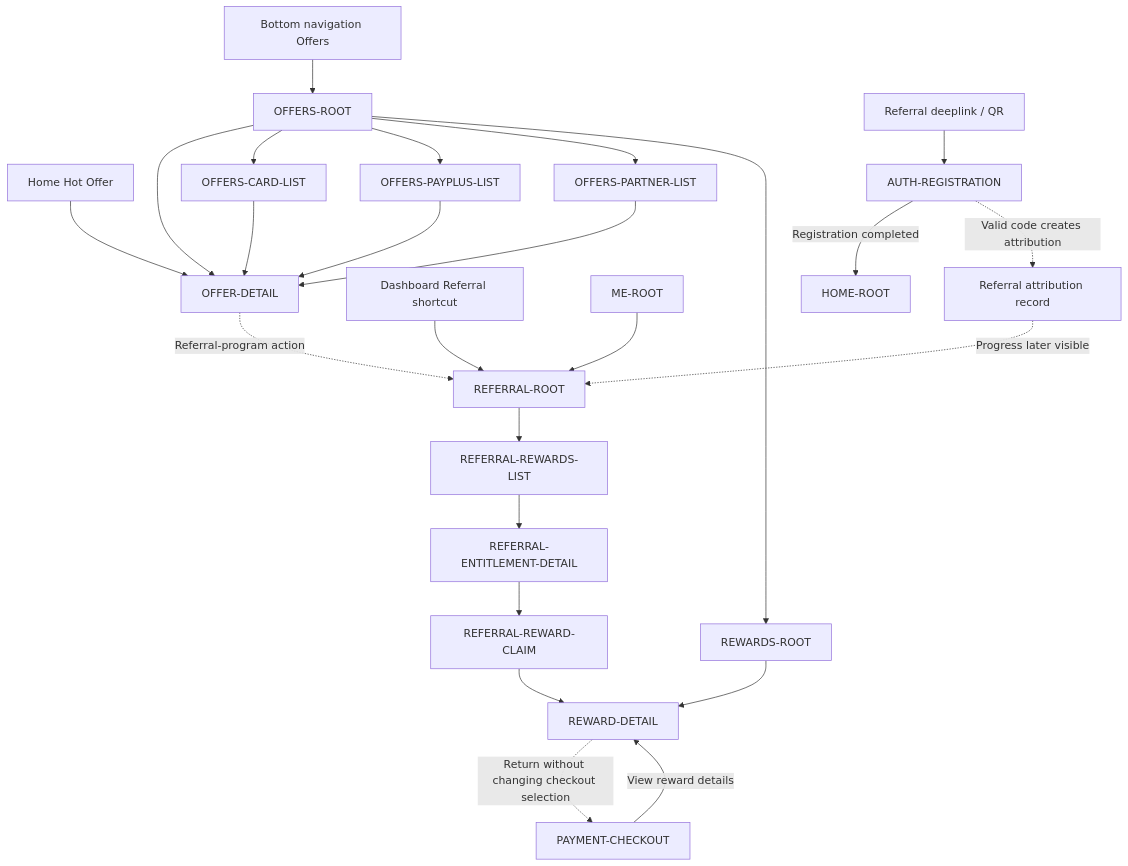
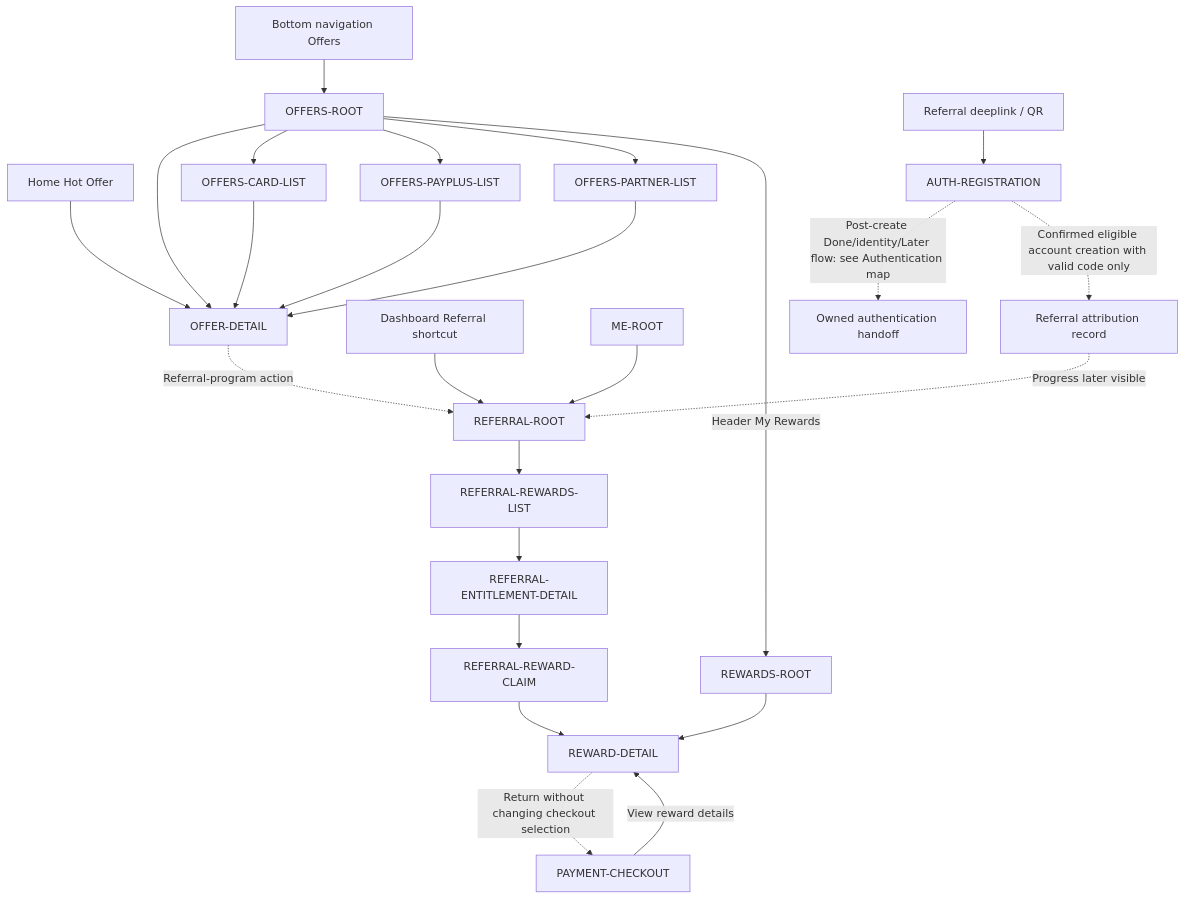
The diagram in docs/diagrams/routes/payplus-offers-rewards-referral-route-map.md (adminpayplus/payplus-docs), drawn with Mermaid before and after one commit. The commit also changed other lines of this file and 25 other files, not shown here.

````diff
--- a/docs/diagrams/routes/payplus-offers-rewards-referral-route-map.md
+++ b/docs/diagrams/routes/payplus-offers-rewards-referral-route-map.md
@@ -7,30 +7,30 @@
 ```mermaid
 flowchart TD
   NAV["Bottom navigation Offers"] --> OFFERS["OFFERS-ROOT"]
   HOME["Home Hot Offer"] --> OFFERDETAIL["OFFER-DETAIL"]
   OFFERS --> OFFERDETAIL
   OFFERS --> CARDLIST["OFFERS-CARD-LIST"]
   OFFERS --> PAYPLUSLIST["OFFERS-PAYPLUS-LIST"]
   OFFERS --> PARTNERLIST["OFFERS-PARTNER-LIST"]
   CARDLIST --> OFFERDETAIL
   PAYPLUSLIST --> OFFERDETAIL
   PARTNERLIST --> OFFERDETAIL
 
-  OFFERS --> REWARDS["REWARDS-ROOT"]
+  OFFERS -->|"Header My Rewards"| REWARDS["REWARDS-ROOT"]
   REWARDS --> REWARDDETAIL["REWARD-DETAIL"]
   CHECKOUT["PAYMENT-CHECKOUT"] -->|"View reward details"| REWARDDETAIL
   REWARDDETAIL -. "Return without changing checkout selection" .-> CHECKOUT
 
   SHORTCUT["Dashboard Referral shortcut"] --> REFERRAL["REFERRAL-ROOT"]
   ME["ME-ROOT"] --> REFERRAL
   OFFERDETAIL -. "Referral-program action" .-> REFERRAL
   REFERRAL --> REFLIST["REFERRAL-REWARDS-LIST"]
   REFLIST --> REFDETAIL["REFERRAL-ENTITLEMENT-DETAIL"]
   REFDETAIL --> CLAIM["REFERRAL-REWARD-CLAIM"]
   CLAIM --> REWARDDETAIL
 
   REFLINK["Referral deeplink / QR"] --> REGISTER["AUTH-REGISTRATION"]
-  REGISTER -->|"Registration completed"| HOMEDEST["HOME-ROOT"]
-  REGISTER -. "Valid code creates attribution" .-> ATTRIBUTION["Referral attribution record"]
+  REGISTER -. "Post-create Done/identity/Later flow: see Authentication map" .-> AUTHFLOW["Owned authentication handoff"]
+  REGISTER -. "Confirmed eligible account creation with valid code only" .-> ATTRIBUTION["Referral attribution record"]
   ATTRIBUTION -. "Progress later visible" .-> REFERRAL
 ```
````
